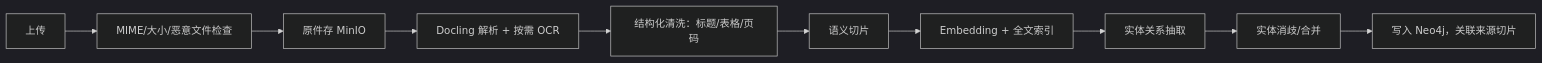
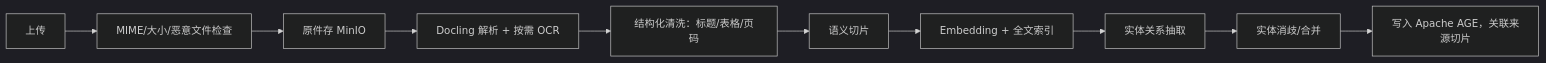
The third of 3 diagrams in docs/personal-ai-assistant-design.md (JamesHuang430/personal-AI-agent), drawn with Mermaid (dark theme) before and after one commit. The commit also changed other lines of this file and 35 other files, not shown here.

Commit message:
feat: add persistent hybrid memory graph

````diff
--- a/docs/personal-ai-assistant-design.md
+++ b/docs/personal-ai-assistant-design.md
@@ -246,12 +246,12 @@
 ```mermaid
 flowchart LR
     A["上传"] --> B["MIME/大小/恶意文件检查"]
     B --> C["原件存 MinIO"]
     C --> D["Docling 解析 + 按需 OCR"]
     D --> E["结构化清洗：标题/表格/页码"]
     E --> F["语义切片"]
     F --> G["Embedding + 全文索引"]
     G --> H["实体关系抽取"]
     H --> I["实体消歧/合并"]
-    I --> J["写入 Neo4j，关联来源切片"]
+    I --> J["写入 Apache AGE，关联来源切片"]
 ```
````
